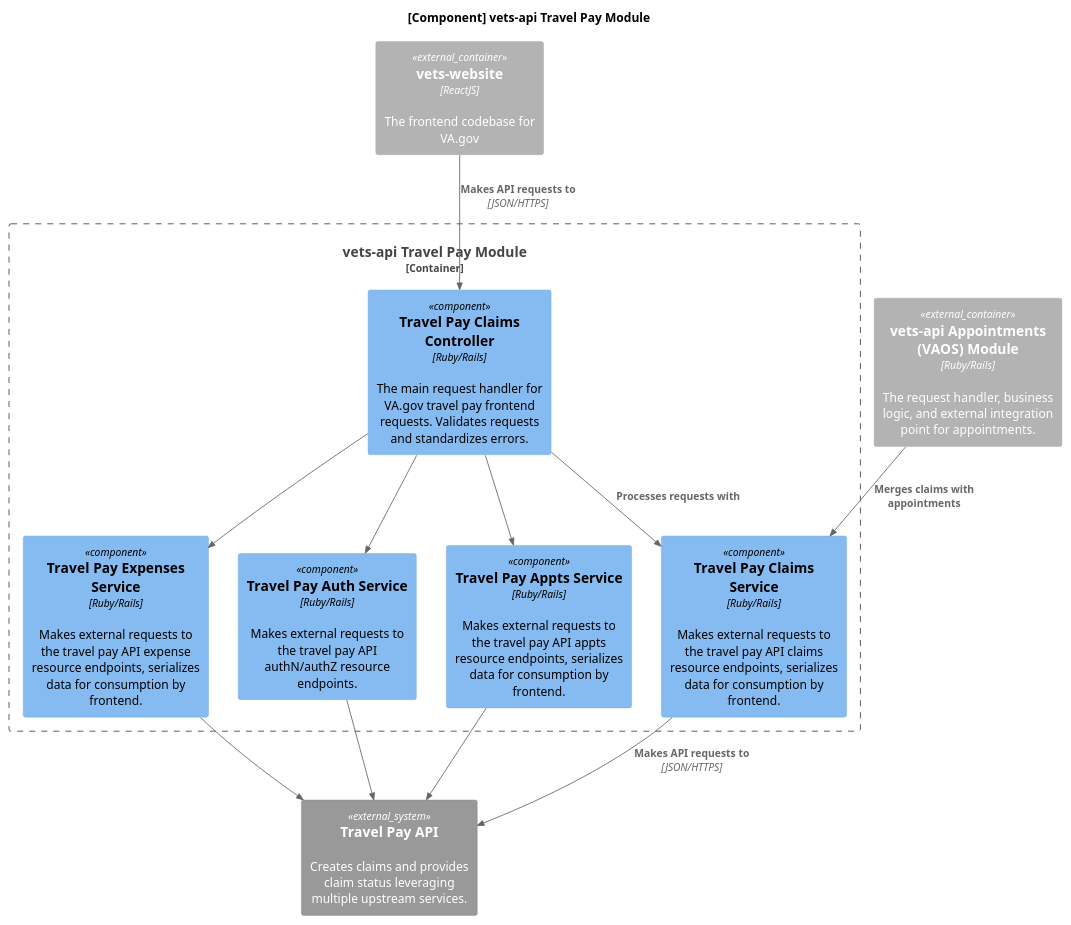
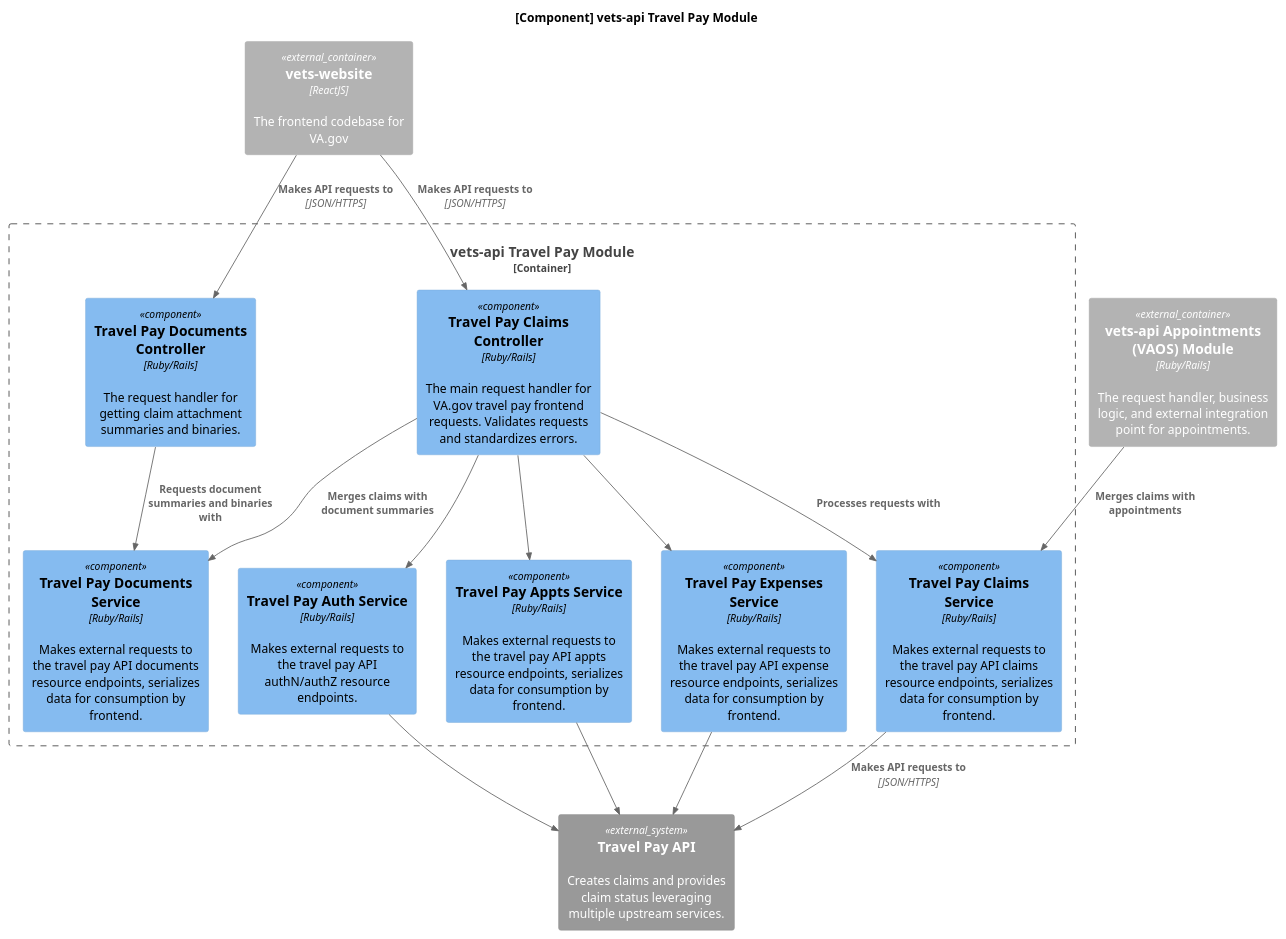
The fourth of 4 diagrams in products/health-care/beneficiary-travel/engineering/complex_claims/travel_pay_c4.puml (department-of-veterans-affairs/va.gov-team), drawn with PlantUML before and after one commit.

```diff
--- a/products/health-care/beneficiary-travel/engineering/complex_claims/travel_pay_c4.puml
+++ b/products/health-care/beneficiary-travel/engineering/complex_claims/travel_pay_c4.puml
@@ -87,27 +87,32 @@
 @startuml component_vagov_travel_pay_dedicated
 !include https://raw.githubusercontent.com/plantuml-stdlib/C4-PlantUML/master/C4_Component.puml
 
 title [Component] vets-api Travel Pay Module
 Container_Ext(vagov_fe, "vets-website", "ReactJS", "The frontend codebase for VA.gov")
 Container_Ext(appts_be, "vets-api Appointments (VAOS) Module", "Ruby/Rails", "The request handler, business logic, and external integration point for appointments.")
 System_Ext(tpapi, "Travel Pay API", "Creates claims and provides claim status leveraging multiple upstream services.")
 
 Container_Boundary(tp_be, "vets-api Travel Pay Module") {
   Component(tp_ctl, "Travel Pay Claims Controller", "Ruby/Rails", "The main request handler for VA.gov travel pay frontend requests. Validates requests and standardizes errors.")
+  Component(tp_doc_ctl, "Travel Pay Documents Controller", "Ruby/Rails", "The request handler for getting claim attachment summaries and binaries.")
   Component(tp_appts_svc, "Travel Pay Appts Service", "Ruby/Rails", "Makes external requests to the travel pay API appts resource endpoints, serializes data for consumption by frontend.")
+  Component(tp_exp_svc, "Travel Pay Expenses Service", "Ruby/Rails", "Makes external requests to the travel pay API expense resource endpoints, serializes data for consumption by frontend.")
   Component(tp_claims_svc, "Travel Pay Claims Service", "Ruby/Rails", "Makes external requests to the travel pay API claims resource endpoints, serializes data for consumption by frontend.")
-  Component(tp_exp_svc, "Travel Pay Expenses Service", "Ruby/Rails", "Makes external requests to the travel pay API expense resource endpoints, serializes data for consumption by frontend.")
   Component(tp_auth_svc, "Travel Pay Auth Service", "Ruby/Rails", "Makes external requests to the travel pay API authN/authZ resource endpoints.")
+  Component(tp_doc_svc, "Travel Pay Documents Service", "Ruby/Rails", "Makes external requests to the travel pay API documents resource endpoints, serializes data for consumption by frontend.")
 }
 
 Rel(vagov_fe, tp_ctl, "Makes API requests to", "JSON/HTTPS")
+Rel(vagov_fe, tp_doc_ctl, "Makes API requests to", "JSON/HTTPS")
 Rel(tp_ctl, tp_appts_svc, "")
 Rel(tp_ctl, tp_claims_svc, "Processes requests with")
 Rel(tp_ctl, tp_exp_svc, "")
 Rel(tp_ctl, tp_auth_svc, "")
 Rel(tp_appts_svc, tpapi, "")
 Rel(tp_claims_svc, tpapi,  "Makes API requests to", "JSON/HTTPS")
 Rel(tp_exp_svc, tpapi, "")
 Rel(tp_auth_svc, tpapi, "")
 Rel(appts_be, tp_claims_svc, "Merges claims with appointments")
+Rel(tp_ctl, tp_doc_svc, "Merges claims with document summaries")
+Rel(tp_doc_ctl, tp_doc_svc, "Requests document summaries and binaries with")
 @enduml
```
